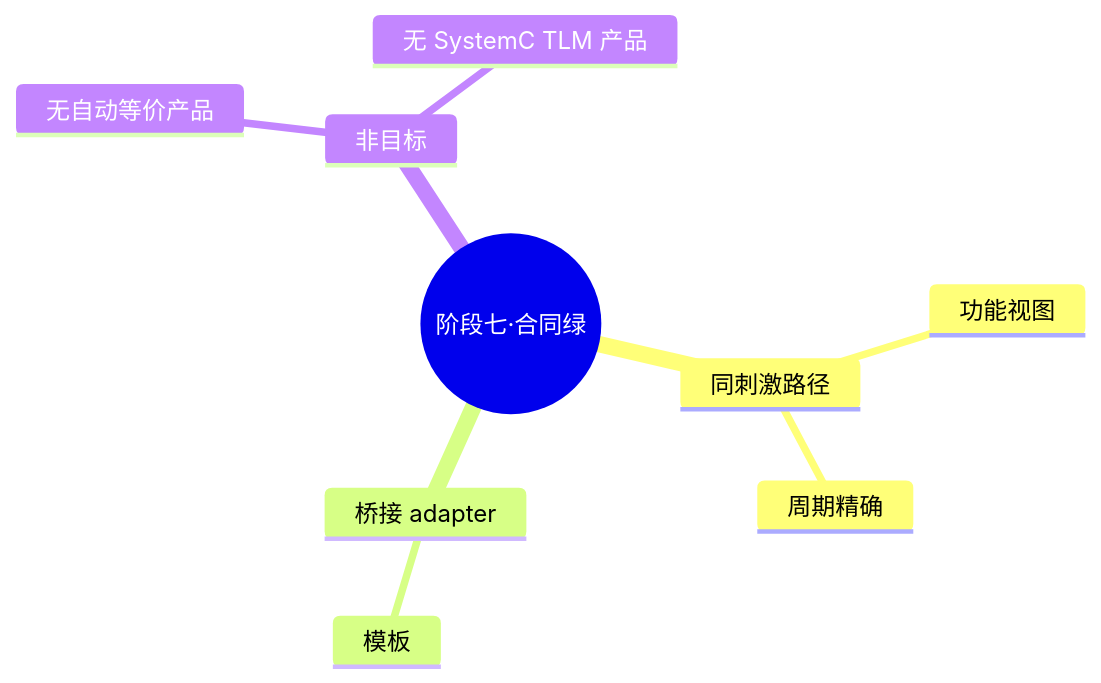
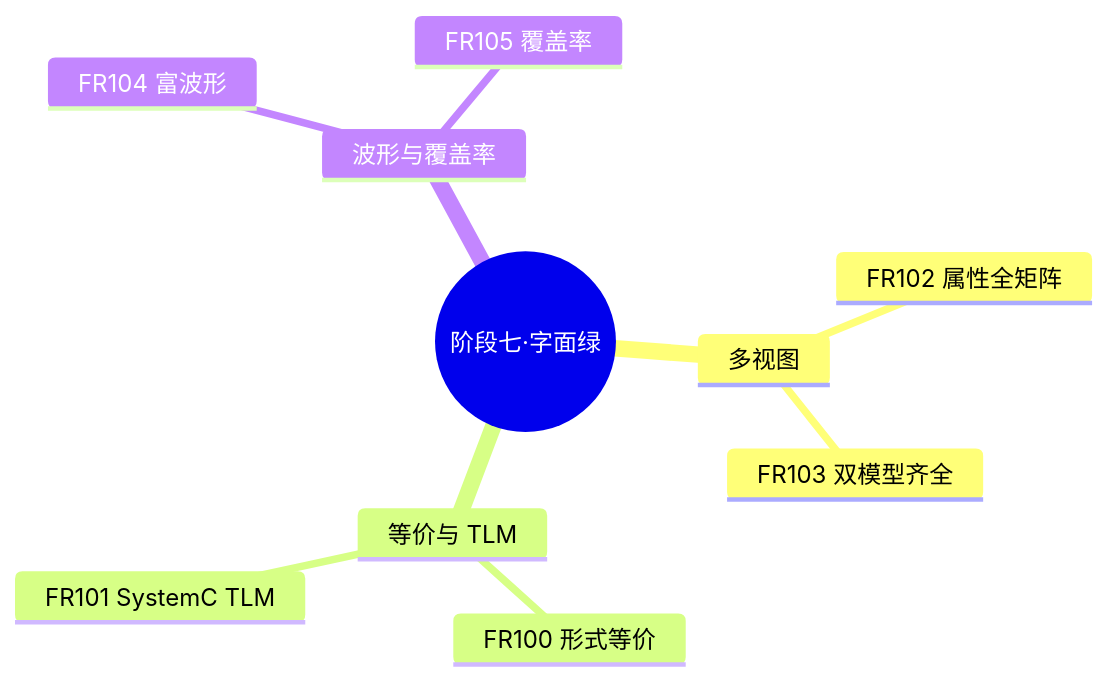
One commit to TangCan/bitloom changed the ninth of 11 diagrams in docs/requirements/19. 实施路线图.md. Above: the diagram before and after it, drawn with Mermaid. The commit also changed other lines of this file and 10 other files, not shown here.

````diff
--- a/docs/requirements/19. 实施路线图.md
+++ b/docs/requirements/19. 实施路线图.md
@@ -327,12 +318,13 @@
 ```mermaid
 mindmap
-  root((阶段七·合同绿))
-    同刺激路径
-      功能视图
-      周期精确
-    桥接 adapter
-      模板
-    非目标
-      无自动等价产品
-      无 SystemC TLM 产品
+  root((阶段七·字面绿))
+    多视图
+      FR102 属性全矩阵
+      FR103 双模型齐全
+    等价与 TLM
+      FR100 形式等价
+      FR101 SystemC TLM
+    波形与覆盖率
+      FR104 富波形
+      FR105 覆盖率
 ```
````
